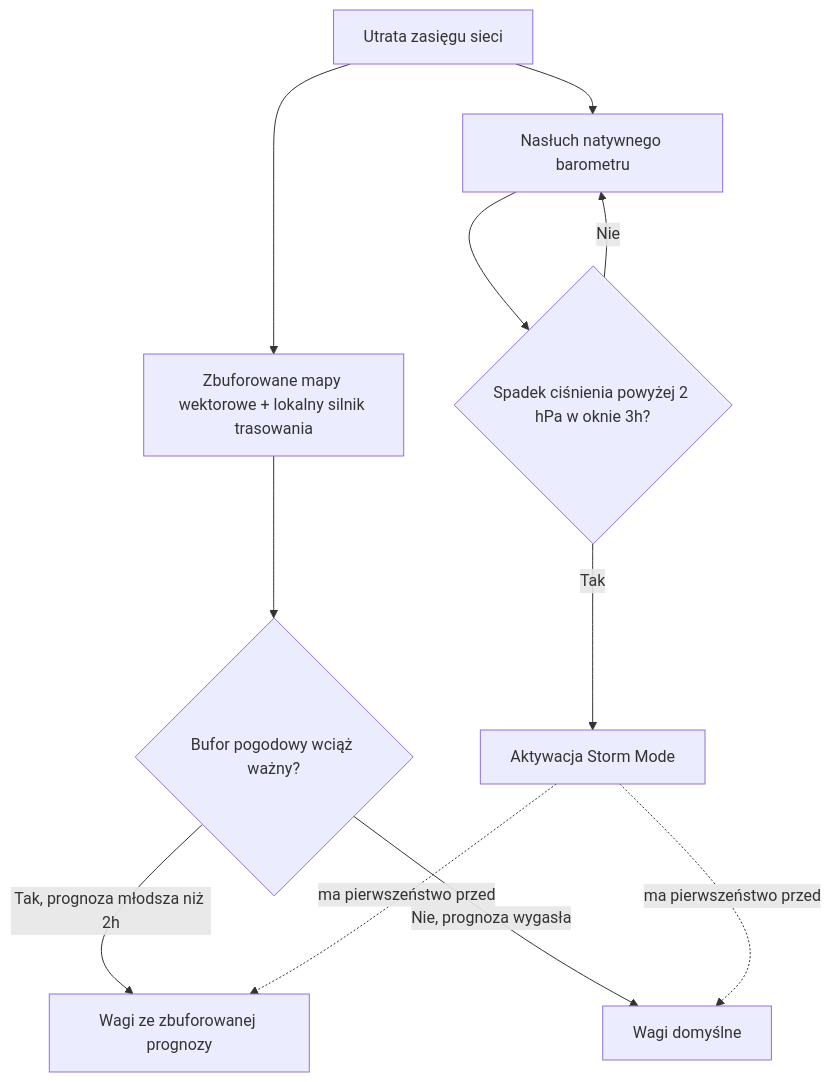
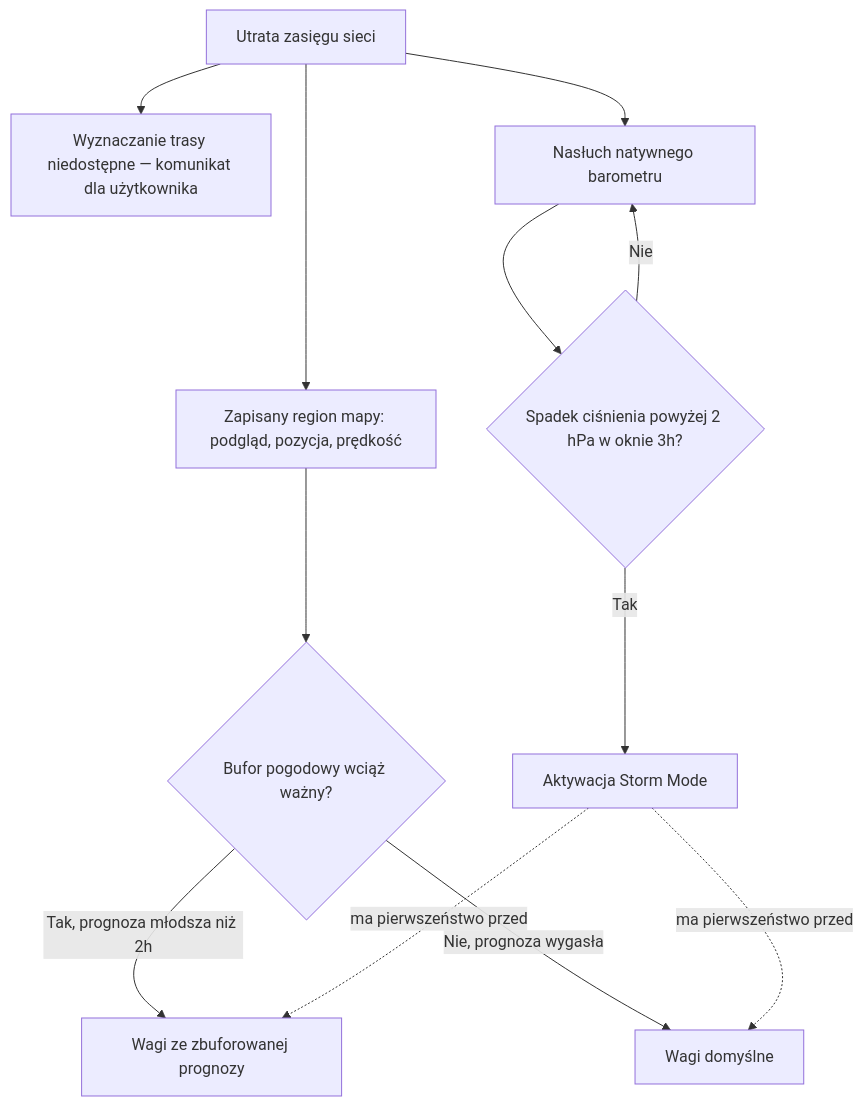
Before and after one commit to MarcinNowak1988/Nawigacja: the fourth of 4 diagrams in docs/DOKUMENTACJA_TECHNICZNA.md, drawn with Mermaid. The commit also changed other lines of this file and 11 other files, not shown here.

````diff
--- a/docs/DOKUMENTACJA_TECHNICZNA.md
+++ b/docs/DOKUMENTACJA_TECHNICZNA.md
@@ -269,16 +289,17 @@
 ```mermaid
 flowchart TD
-    A[Utrata zasięgu sieci] --> B[Zbuforowane mapy wektorowe + lokalny silnik trasowania]
+    A[Utrata zasięgu sieci] --> B[Zapisany region mapy: podgląd, pozycja, prędkość]
+    A --> R[Wyznaczanie trasy niedostępne — komunikat dla użytkownika]
     A --> E[Nasłuch natywnego barometru]
 
     B --> D{Bufor pogodowy wciąż ważny?}
     D -- "Tak, prognoza młodsza niż 2h" --> C[Wagi ze zbuforowanej prognozy]
     D -- "Nie, prognoza wygasła" --> H[Wagi domyślne]
 
     E --> F{"Spadek ciśnienia powyżej 2 hPa w oknie 3h?"}
     F -- Nie --> E
     F -- Tak --> G[Aktywacja Storm Mode]
 
     G -.->|ma pierwszeństwo przed| C
     G -.->|ma pierwszeństwo przed| H
 ```
````
